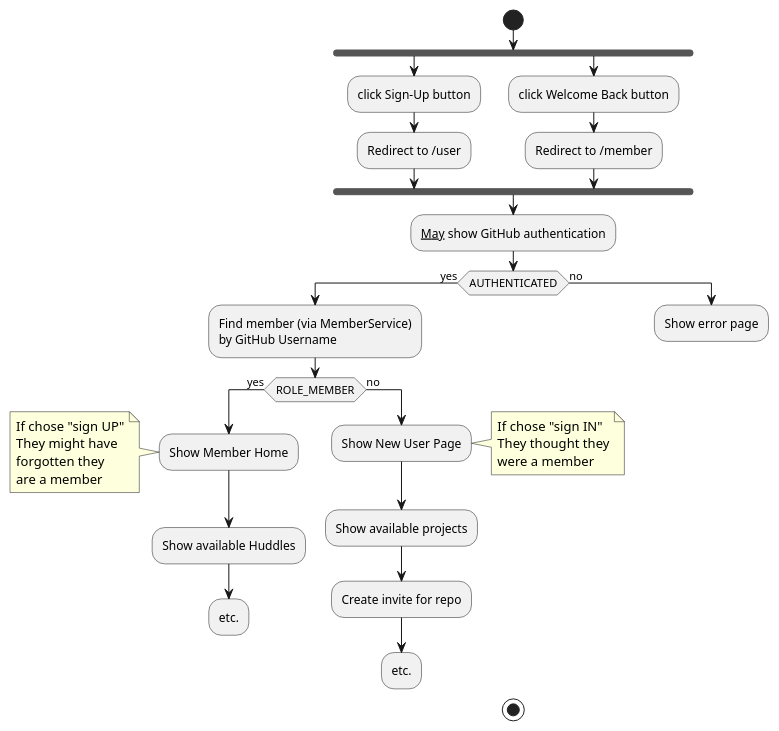
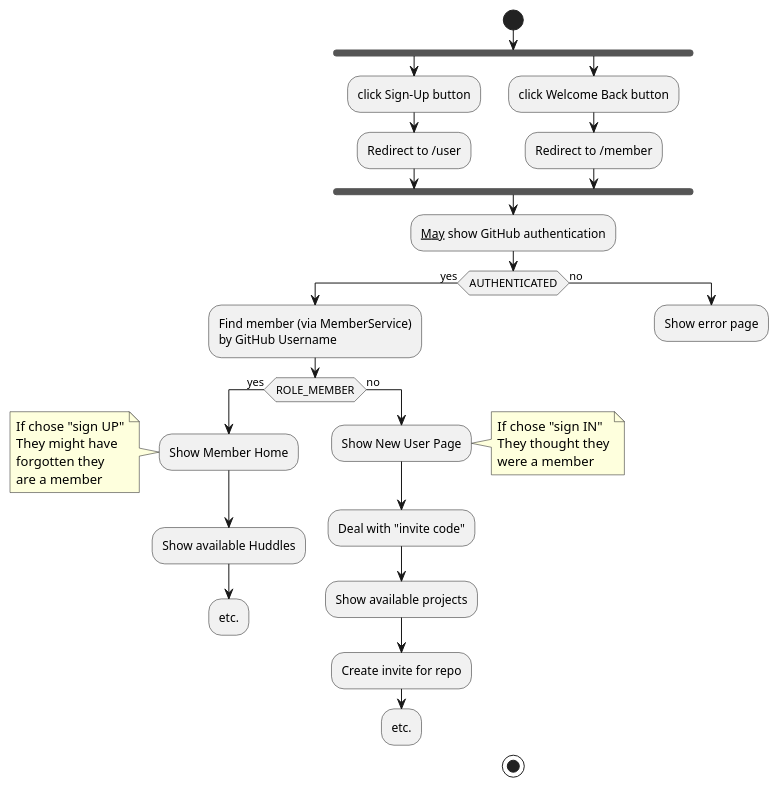
Before and after one commit to jitterted/ensembler: the diagram in login-flow.puml, drawn with PlantUML. The commit also changed 5 other files, not shown here.

```diff
--- a/login-flow.puml
+++ b/login-flow.puml
@@ -1,45 +1,46 @@
 @startuml
 
 !pragma useVerticalIf on
 
 start
 fork
 :click Sign-Up button;
 :Redirect to /user;
 fork again
 :click Welcome Back button;
 :Redirect to /member;
 end fork
 :__May__ show GitHub authentication;
 if (AUTHENTICATED) then (yes)
     :Find member (via MemberService)
     by GitHub Username;
     if (ROLE_MEMBER) then (yes)
         :Show Member Home;
         note left
             If chose "sign UP"
             They might have
             forgotten they
             are a member
         end note
         :Show available Huddles;
         :etc.;
         kill
     else (no)
         :Show New User Page;
         note right
             If chose "sign IN"
             They thought they
             were a member
         end note
+        :Deal with "invite code";
         :Show available projects;
         :Create invite for repo;
         :etc.;
         kill
     endif
 else (no)
     :Show error page;
     kill
 endif
 stop
 @enduml
```
